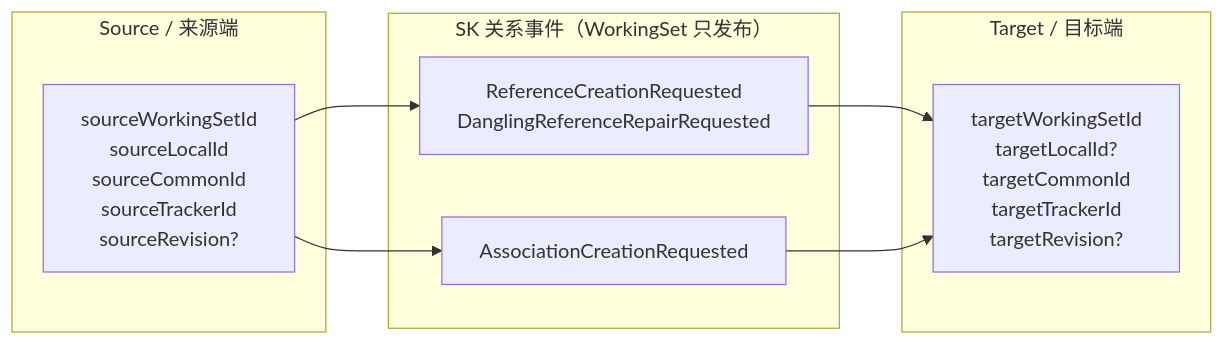
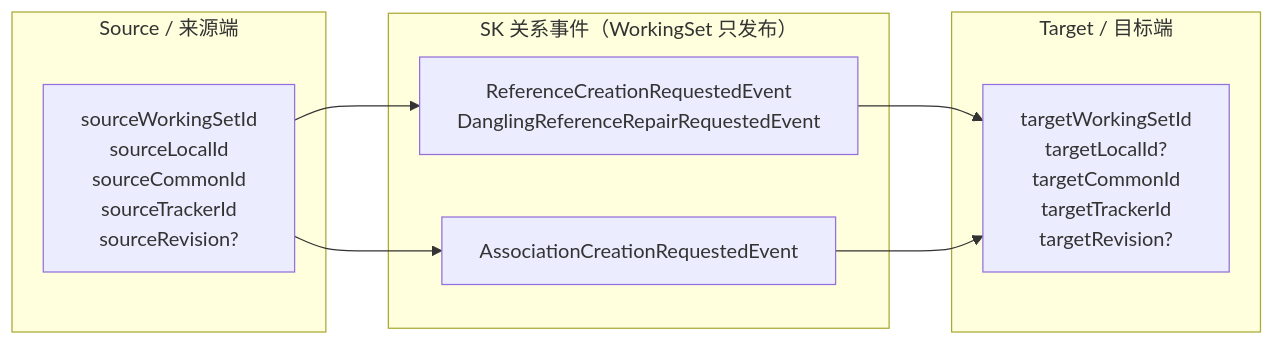
The diagram in docs/working-set/reviews/2026-11-17-t7-e-relation-guards-decision.md (Greytrack/ddd-workingset), drawn with Mermaid before and after one commit. The commit also changed other lines of this file and 83 other files, not shown here.

````diff
--- a/docs/working-set/reviews/2026-11-17-t7-e-relation-guards-decision.md
+++ b/docs/working-set/reviews/2026-11-17-t7-e-relation-guards-decision.md
@@ -44,17 +44,17 @@
 ```mermaid
 flowchart LR
     subgraph SRC["Source / 来源端"]
         S["sourceWorkingSetId<br/>sourceLocalId<br/>sourceCommonId<br/>sourceTrackerId<br/>sourceRevision?"]
     end
     subgraph EVT["SK 关系事件（WorkingSet 只发布）"]
-        R["ReferenceCreationRequested<br/>DanglingReferenceRepairRequested"]
-        A["AssociationCreationRequested"]
+        R["ReferenceCreationRequestedEvent<br/>DanglingReferenceRepairRequestedEvent"]
+        A["AssociationCreationRequestedEvent"]
     end
     subgraph TGT["Target / 目标端"]
         T["targetWorkingSetId<br/>targetLocalId?<br/>targetCommonId<br/>targetTrackerId<br/>targetRevision?"]
     end
     S --> R
     R --> T
     S --> A
     A --> T
 ```
````
